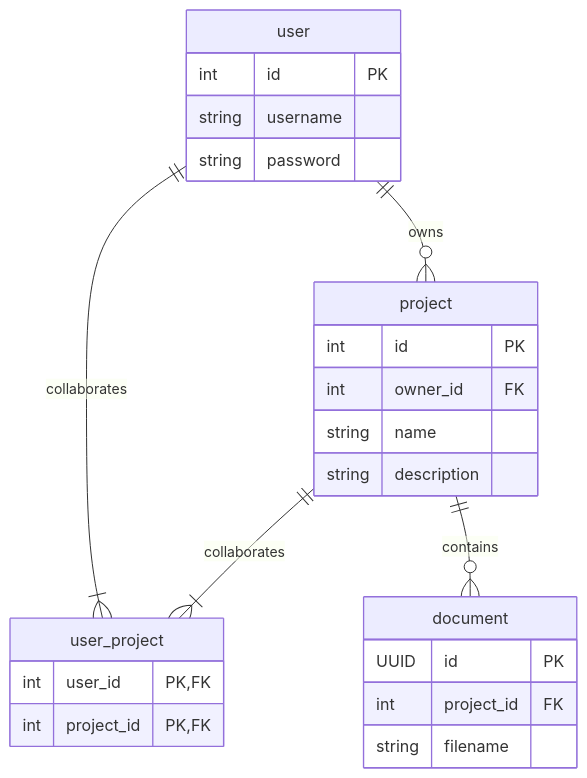
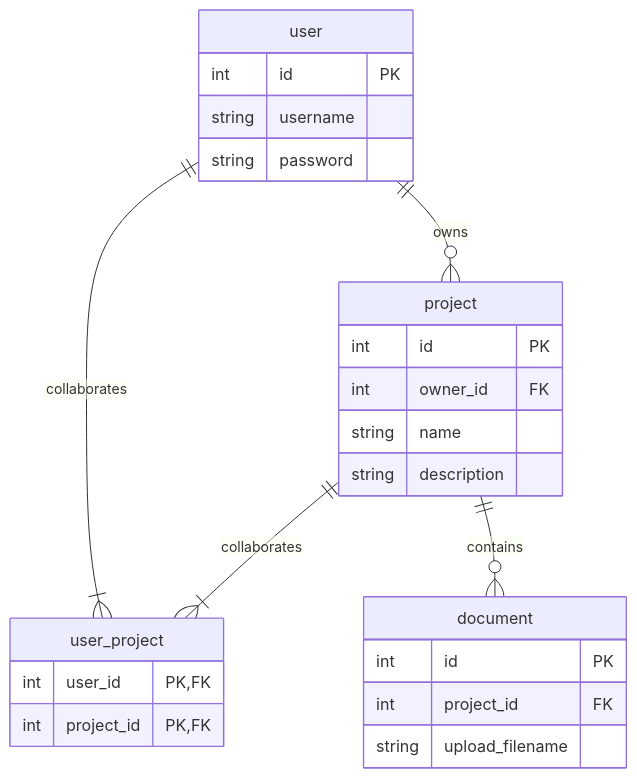
The diagram in docs/db.md (mmjakub/fastapi-proj-board), drawn with Mermaid before and after one commit.

Commit message:
change document table according to suggestions

````diff
--- a/docs/db.md
+++ b/docs/db.md
@@ -1,28 +1,28 @@
 ```mermaid
 erDiagram
   user ||--o{ project: owns
   user ||--|{ user_project: collaborates
   user {
     int id PK
     string username
     string password
   }
   project ||--|{ user_project: collaborates
   project {
     int id PK
     int owner_id FK
     string name
     string description
   }
   user_project{
     int user_id PK, FK
     int project_id PK, FK
   }
   project ||--o{ document : contains
   document {
-    UUID id PK
+    int id PK
     int project_id FK
-    string filename
+    string upload_filename
   }
   
 ```
````
